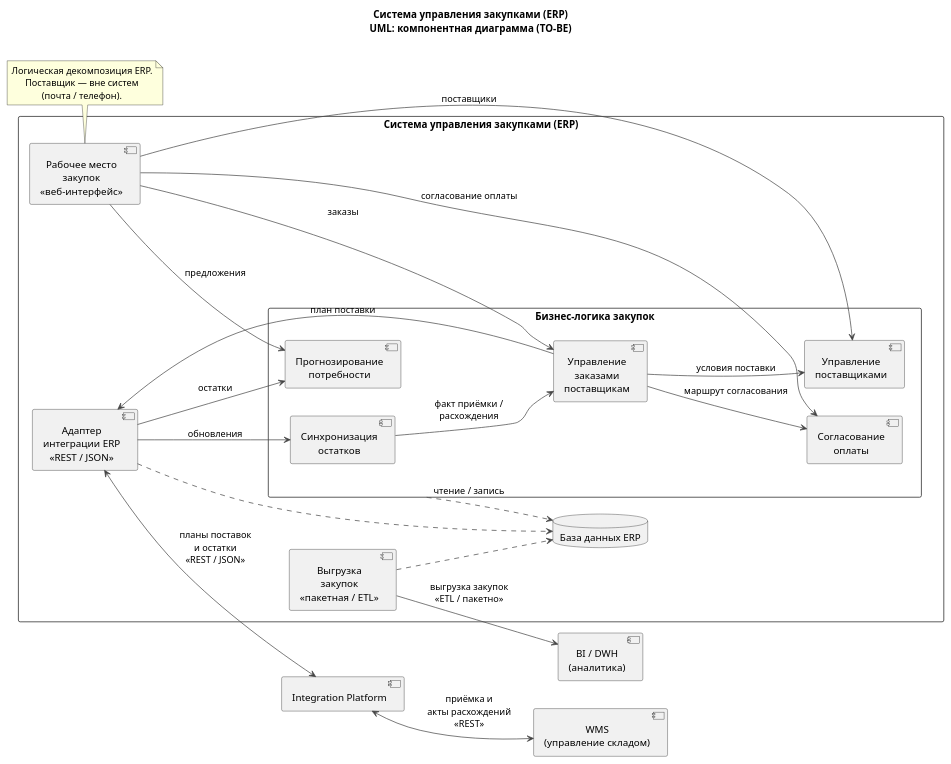
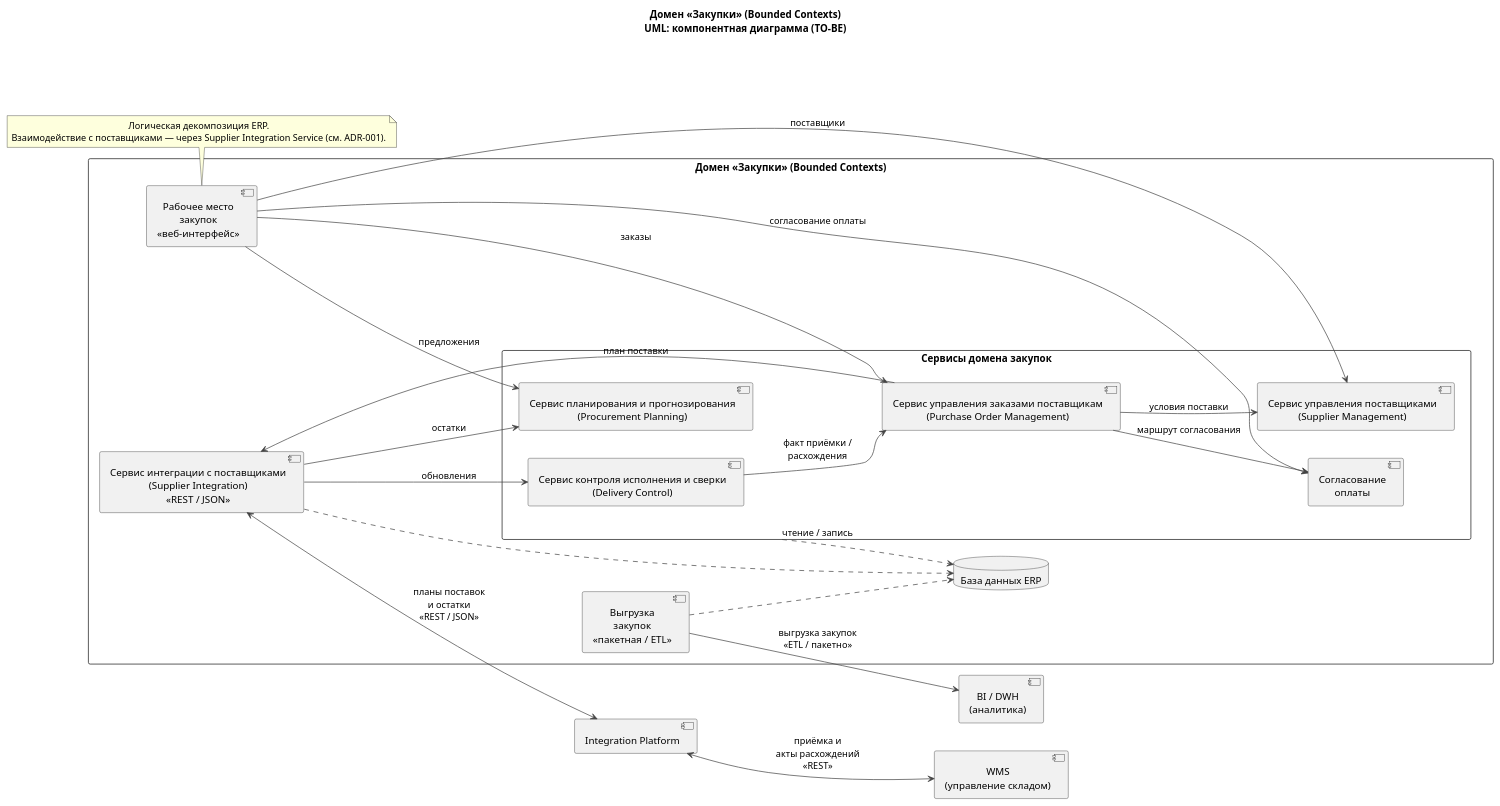
Before and after one commit to rsingatulin/hse_architecture: the diagram in 02_purchasing_domain/06_Architecture_Models/UML/purchasing_components_UML_TO_BE.puml, drawn with PlantUML.

Commit message:
Sync namings

```diff
--- a/02_purchasing_domain/06_Architecture_Models/UML/purchasing_components_UML_TO_BE.puml
+++ b/02_purchasing_domain/06_Architecture_Models/UML/purchasing_components_UML_TO_BE.puml
@@ -1,76 +1,75 @@
 @startuml purchasing_components_UML
 
 left to right direction
 
 skinparam componentStyle uml2
 skinparam shadowing false
 skinparam packageStyle rectangle
 skinparam defaultTextAlignment center
 skinparam nodesep 40
 skinparam ranksep 45
 skinparam ArrowColor #444444
 
-title Система управления закупками (ERP)\nUML: компонентная диаграмма (TO-BE)
+title Домен «Закупки» (Bounded Contexts)\nUML: компонентная диаграмма (TO-BE)
 
 ' =========================================================
 ' Внешние системы
 ' =========================================================
 
 component "BI / DWH\n(аналитика)" as BI
 component "Integration Platform" as IP
 component "WMS\n(управление складом)" as WMS
 
 ' =========================================================
 ' ERP
 ' =========================================================
 
-package "Система управления закупками (ERP)" {
+package "Домен «Закупки» (Bounded Contexts)" {
 
   component "Рабочее место\nзакупок\n<<веб-интерфейс>>" as UI
 
-  package "Бизнес-логика закупок" as Domain {
-    component "Прогнозирование\nпотребности" as Forecast
-    component "Управление\nзаказами\nпоставщикам" as PO
+  package "Сервисы домена закупок" as Domain {
+    component "Сервис планирования и прогнозирования\n(Procurement Planning)" as Forecast
+    component "Сервис управления заказами поставщикам\n(Purchase Order Management)" as PO
     component "Согласование\nоплаты" as Approval
-    component "Управление\nпоставщиками" as SupplierMgmt
-    component "Синхронизация\nостатков" as StockSync
+    component "Сервис управления поставщиками\n(Supplier Management)" as SupplierMgmt
+    component "Сервис контроля исполнения и сверки\n(Delivery Control)" as StockSync
   }
 
-  component "Адаптер\nинтеграции ERP\n<<REST / JSON>>" as Adapter
+  component "Сервис интеграции с поставщиками\n(Supplier Integration)\n<<REST / JSON>>" as Adapter
   component "Выгрузка\nзакупок\n<<пакетная / ETL>>" as ETL
   database "База данных ERP" as DB
 }
 
 ' UI → логика
 UI --> Forecast : предложения
 UI --> PO : заказы
 UI --> Approval : согласование оплаты
 UI --> SupplierMgmt : поставщики
 
 ' внутри логики
 PO --> SupplierMgmt : условия поставки
 PO --> Approval : маршрут согласования
 StockSync --> PO : факт приёмки /\nрасхождения
 
 ' логика ↔ адаптер
 PO --> Adapter : план поставки
 Adapter --> Forecast : остатки
 Adapter --> StockSync : обновления
 
 ' данные
 Domain ..> DB : чтение / запись
 Adapter ..> DB
 ETL ..> DB
 
 ' внешние связи
 ETL --> BI : выгрузка закупок\n<<ETL / пакетно>>
 Adapter <--> IP : планы поставок\nи остатки\n<<REST / JSON>>
 IP <--> WMS : приёмка и\nакты расхождений\n<<REST>>
 
 note bottom of UI
   Логическая декомпозиция ERP.
-  Поставщик — вне систем
-  (почта / телефон).
+  Взаимодействие с поставщиками — через Supplier Integration Service (см. ADR-001).
 end note
 
 @enduml
```
